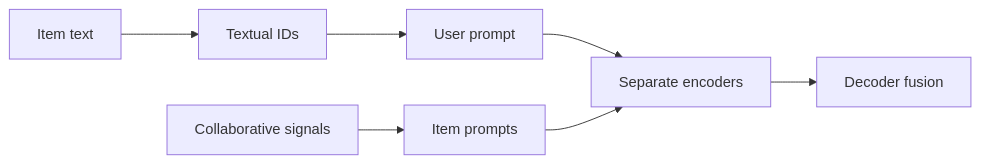
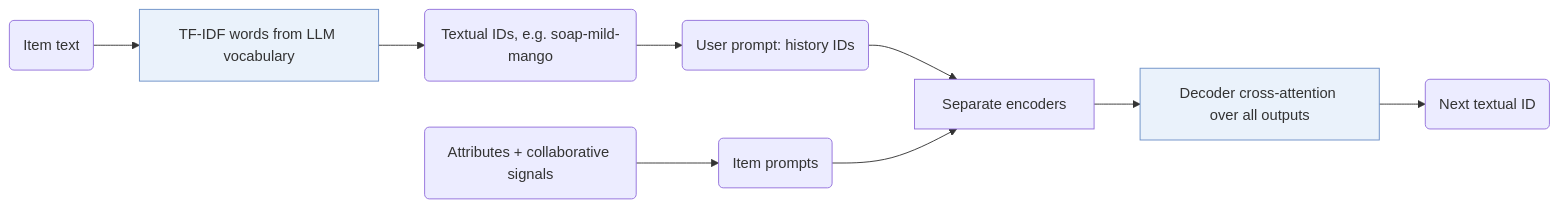
Before and after one commit to Galaxy-ghost/Awesome-SID-Generative-Rec: the diagram in notes/gram.md, drawn with Mermaid. The commit also changed 521 other files, not shown here.

Commit message:
writer-04 part 3: algorithm diagrams with shared shape conventions, README hero and paper cards, archive removed

````diff
--- a/notes/gram.md
+++ b/notes/gram.md
@@ -14,9 +14,12 @@
 ```mermaid
 flowchart LR
-    A[Item text] --> B[Textual IDs]
-    C[Collaborative signals] --> D[Item prompts]
-    B --> E[User prompt]
-    E --> F[Separate encoders]
-    D --> F
-    F --> G[Decoder fusion]
+    A("Item text") --> B["TF-IDF words from LLM vocabulary"]:::key
+    B --> C("Textual IDs, e.g. soap-mild-mango")
+    C --> D("User prompt: history IDs")
+    E("Attributes + collaborative signals") --> F("Item prompts")
+    D --> G["Separate encoders"]
+    F --> G
+    G --> I["Decoder cross-attention over all outputs"]:::key
+    I --> J("Next textual ID")
+    classDef key fill:#eaf2fb,stroke:#6b8fc7
 ```
````
